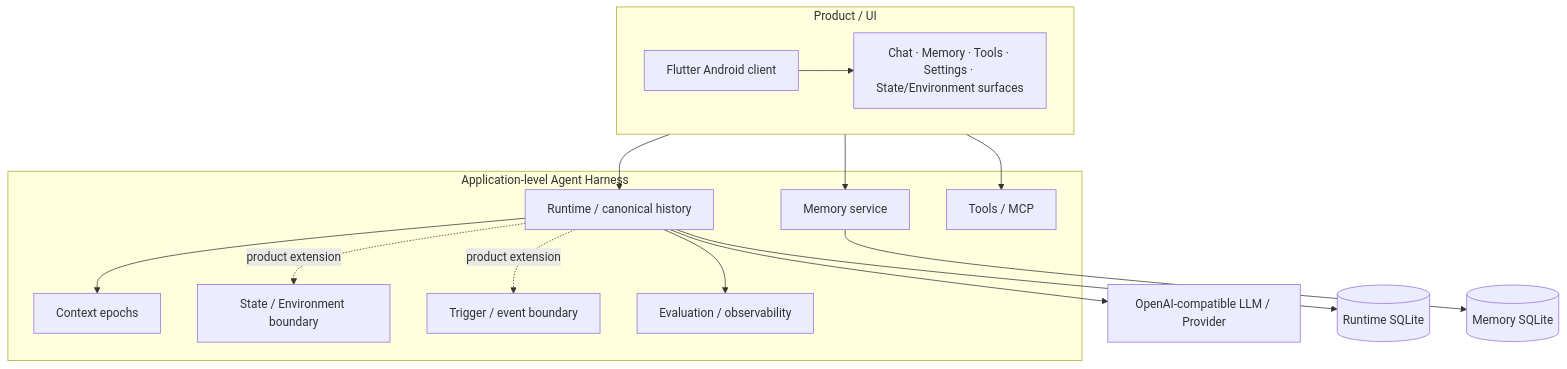
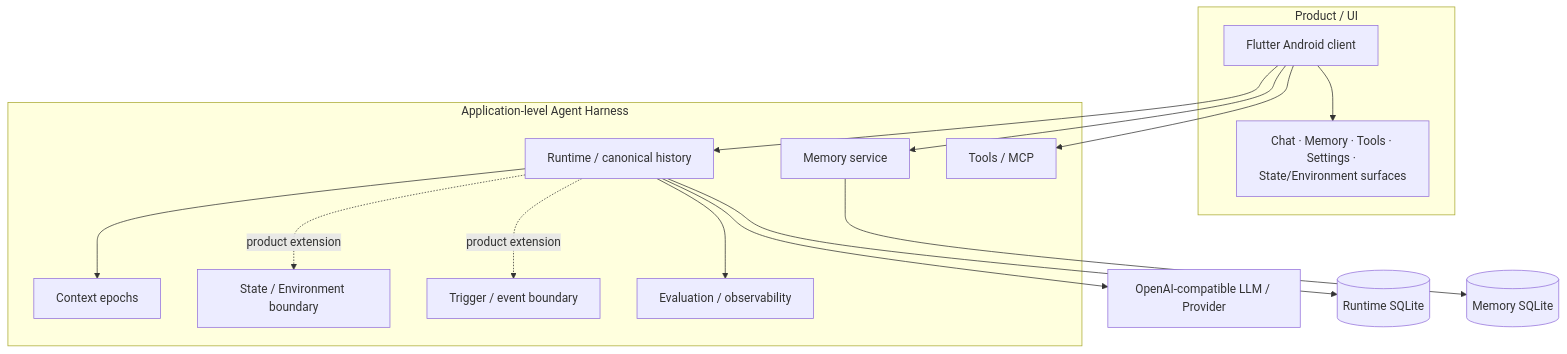
Before and after one commit to yuyu1838309000-cmd/continuum-chat: the diagram in README.md, drawn with Mermaid.

Commit message:
docs: fix Mermaid harness links

````diff
--- a/README.md
+++ b/README.md
@@ -43,33 +43,33 @@
 ```mermaid
 flowchart TB
     subgraph UI[Product / UI]
       A[Flutter Android client]
       U[Chat · Memory · Tools · Settings · State/Environment surfaces]
       A --> U
     end
 
     subgraph H[Application-level Agent Harness]
       R[Runtime / canonical history]
       C[Context epochs]
       M[Memory service]
       S[State / Environment boundary]
       T[Tools / MCP]
       G[Trigger / event boundary]
       E[Evaluation / observability]
     end
 
     P[OpenAI-compatible LLM / Provider]
     DB1[(Runtime SQLite)]
     DB2[(Memory SQLite)]
 
-    UI --> R
-    UI --> M
-    UI --> T
+    A --> R
+    A --> M
+    A --> T
     R --> C
     R --> P
     R --> DB1
     M --> DB2
     R -. product extension .-> S
     R -. product extension .-> G
     R --> E
 ```
````
